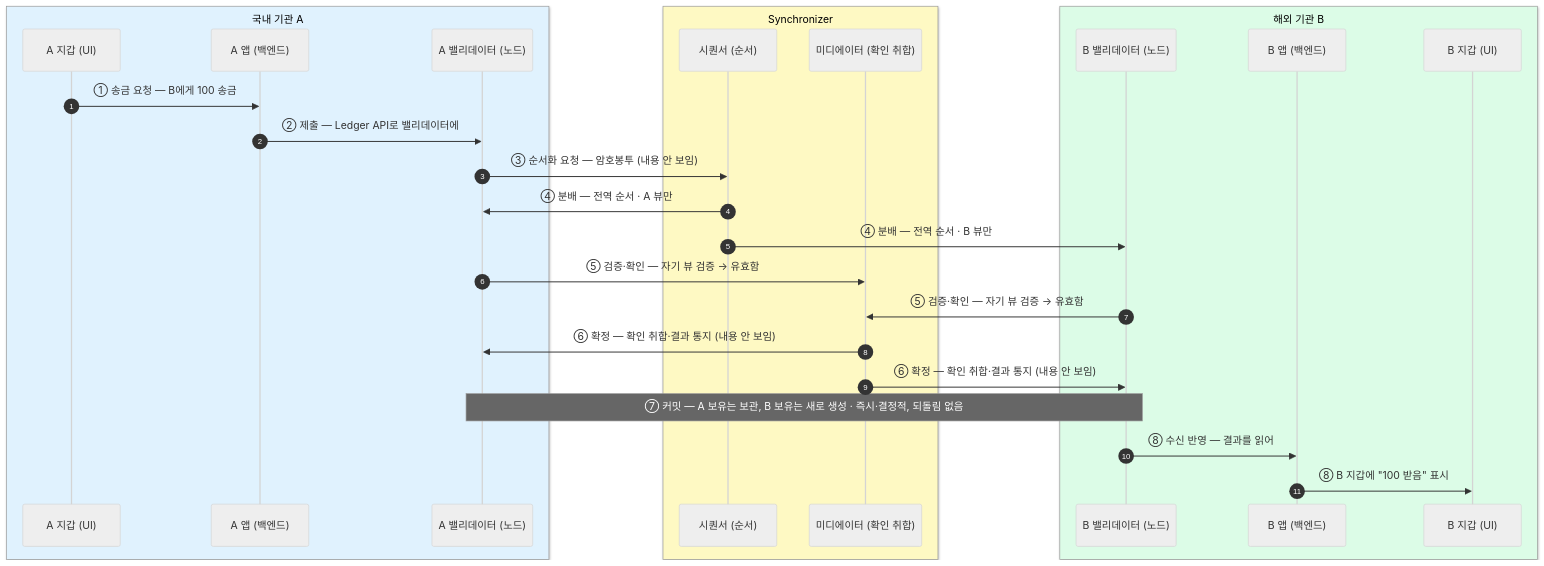
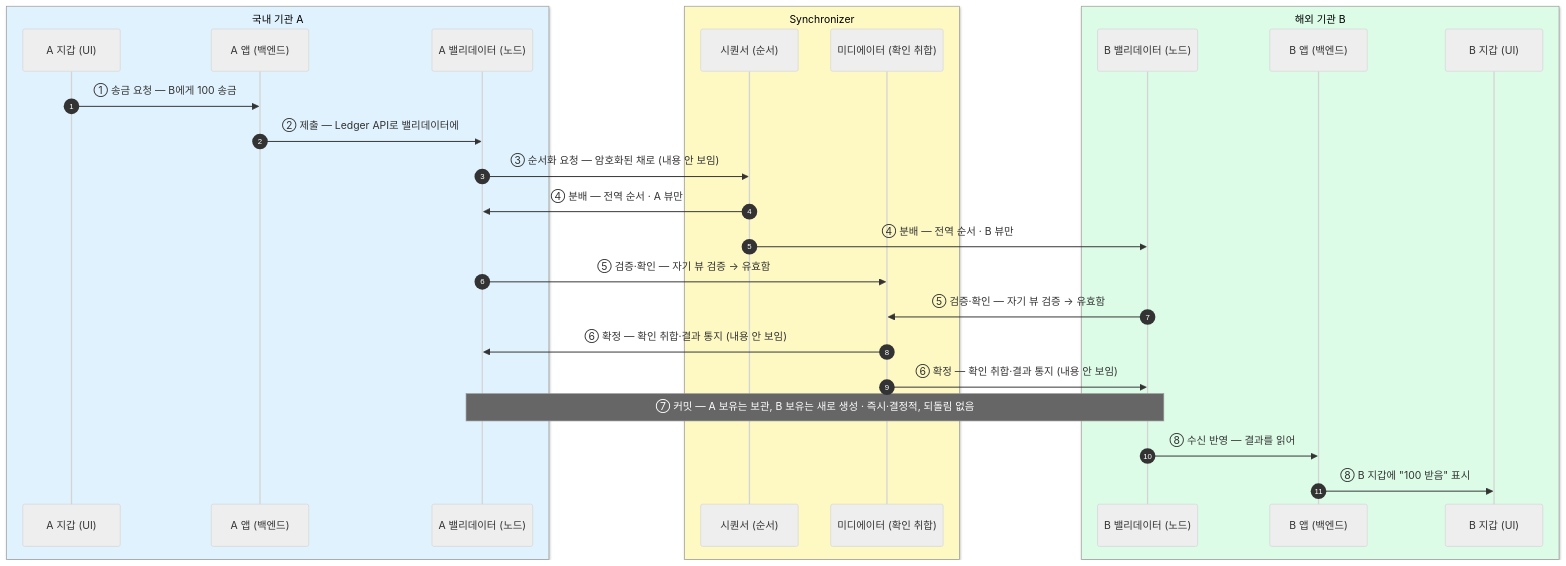
The diagram in blockchain-manager/docs/캔톤네트워크/개념/08-transaction-flow.md (eunsujeo/eunpus), drawn with Mermaid (neutral theme) before and after one commit. The commit also changed other lines of this file and 8 other files, not shown here.

````diff
--- a/blockchain-manager/docs/캔톤네트워크/개념/08-transaction-flow.md
+++ b/blockchain-manager/docs/캔톤네트워크/개념/08-transaction-flow.md
@@ -23,31 +23,31 @@
 ```mermaid
 sequenceDiagram
     autonumber
     box rgb(224,242,254) 국내 기관 A
     participant AW as A 지갑 (UI)
     participant AA as A 앱 (백엔드)
     participant AV as A 밸리데이터 (노드)
     end
     box rgb(254,249,195) Synchronizer
     participant SQ as 시퀀서 (순서)
     participant MD as 미디에이터 (확인 취합)
     end
     box rgb(220,252,231) 해외 기관 B
     participant BV as B 밸리데이터 (노드)
     participant BA as B 앱 (백엔드)
     participant BW as B 지갑 (UI)
     end
 
     AW->>AA: ① 송금 요청 — B에게 100 송금
     AA->>AV: ② 제출 — Ledger API로 밸리데이터에
-    AV->>SQ: ③ 순서화 요청 — 암호봉투 (내용 안 보임)
+    AV->>SQ: ③ 순서화 요청 — 암호화된 채로 (내용 안 보임)
     SQ->>AV: ④ 분배 — 전역 순서 · A 뷰만
     SQ->>BV: ④ 분배 — 전역 순서 · B 뷰만
     AV->>MD: ⑤ 검증·확인 — 자기 뷰 검증 → 유효함
     BV->>MD: ⑤ 검증·확인 — 자기 뷰 검증 → 유효함
     MD->>AV: ⑥ 확정 — 확인 취합·결과 통지 (내용 안 보임)
     MD->>BV: ⑥ 확정 — 확인 취합·결과 통지 (내용 안 보임)
     Note over AV,BV: ⑦ 커밋 — A 보유는 보관, B 보유는 새로 생성 · 즉시·결정적, 되돌림 없음
     BV->>BA: ⑧ 수신 반영 — 결과를 읽어
     BA->>BW: ⑧ B 지갑에 "100 받음" 표시
 ```
````
